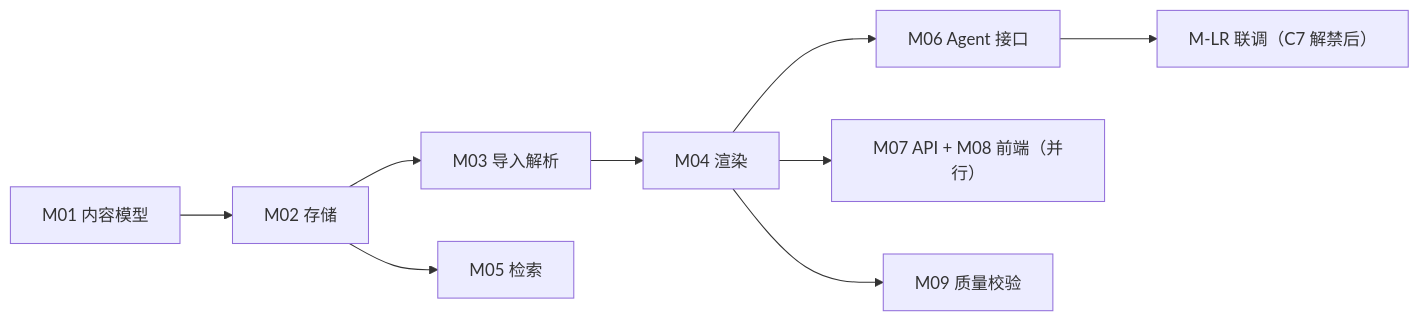
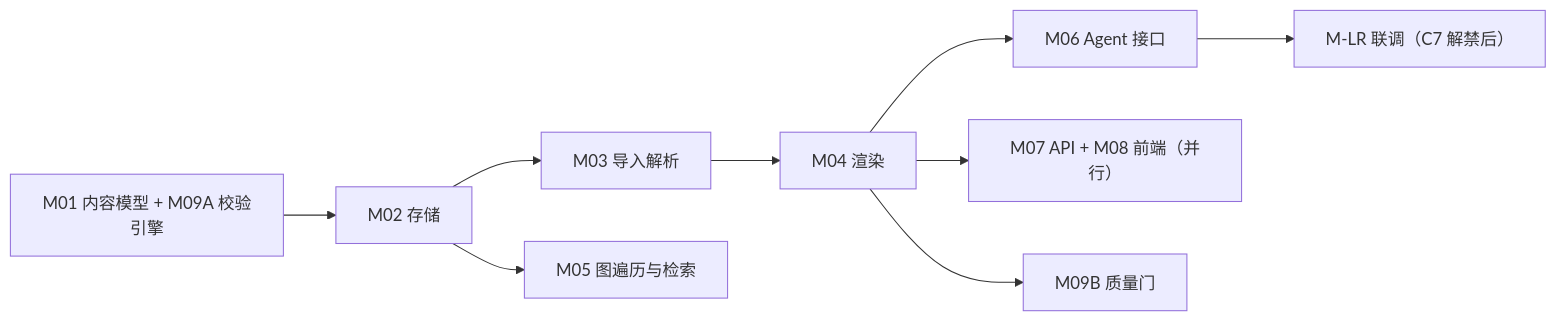
The sixth of 6 diagrams in spec/idea/design_doc.md (amoslee2026/AgenticDocer), drawn with Mermaid before and after one commit. The commit also changed other lines of this file and 2 other files, not shown here.

````diff
--- a/spec/idea/design_doc.md
+++ b/spec/idea/design_doc.md
@@ -244,9 +309,9 @@
 ```mermaid
 flowchart LR
-    A["M01 内容模型"] --> B["M02 存储"] --> C["M03 导入解析"] --> D["M04 渲染"]
+    A["M01 内容模型 + M09A 校验引擎"] --> B["M02 存储"] --> C["M03 导入解析"] --> D["M04 渲染"]
     D --> E["M06 Agent 接口"]
     D --> F["M07 API + M08 前端（并行）"]
-    B --> G["M05 检索"]
-    D --> H["M09 质量校验"]
+    B --> G["M05 图遍历与检索"]
+    D --> H["M09B 质量门"]
     E --> I["M-LR 联调（C7 解禁后）"]
 ```
````
